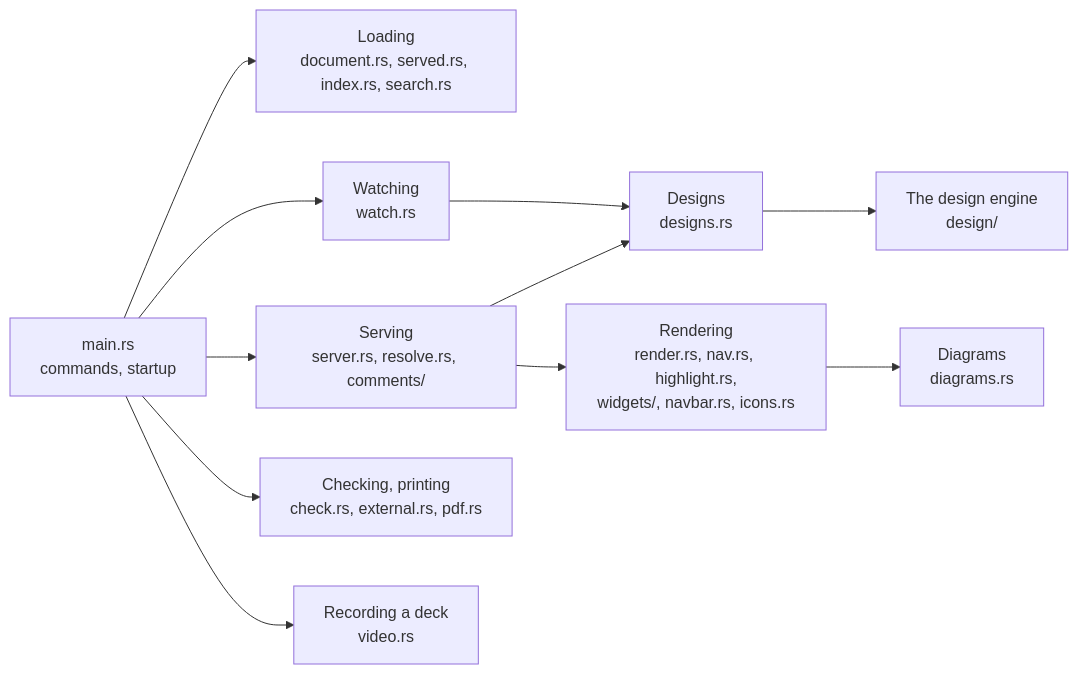
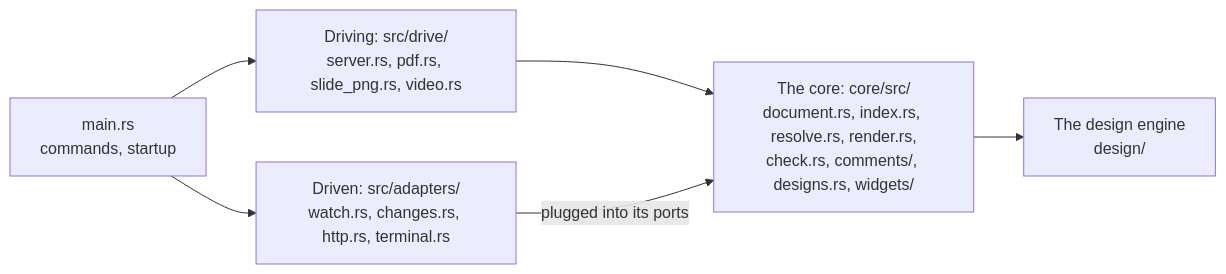
Before and after one commit to andrei512/devpage: the diagram in docs/boxes/engineering/code-map/README.md, drawn with Mermaid. The commit also changed other lines of this file and 104 other files, not shown here.

````diff
--- a/docs/boxes/engineering/code-map/README.md
+++ b/docs/boxes/engineering/code-map/README.md
@@ -16,23 +25,13 @@
 ```mermaid
 flowchart LR
-  main["main.rs<br/>commands, startup"] --> load["Loading<br/>document.rs, served.rs, index.rs, search.rs"]
-  main --> watch["Watching<br/>watch.rs"]
-  main --> serve["Serving<br/>server.rs, resolve.rs, comments/"]
-  serve --> render["Rendering<br/>render.rs, nav.rs, highlight.rs,<br/>widgets/, navbar.rs, icons.rs"]
-  render --> diagrams["Diagrams<br/>diagrams.rs"]
-  main --> other["Checking, printing<br/>check.rs, external.rs, pdf.rs"]
-  main --> video["Recording a deck<br/>video.rs"]
-  watch --> designs["Designs<br/>designs.rs"]
-  serve --> designs
-  designs --> engine["The design engine<br/>design/"]
+  main["main.rs<br/>commands, startup"] --> drive["Driving: src/drive/<br/>server.rs, pdf.rs, slide_png.rs, video.rs"]
+  main --> adapters["Driven: src/adapters/<br/>watch.rs, changes.rs, http.rs, terminal.rs"]
+  drive --> core["The core: core/src/<br/>document.rs, index.rs, resolve.rs, render.rs,<br/>check.rs, comments/, designs.rs, widgets/"]
+  adapters -- "plugged into its ports" --> core
+  core --> engine["The design engine<br/>design/"]
   click main href "#how-main-wires-it-together" "How main wires it together"
-  click load href "../../viewer/document-index/README.md" "Which document a file belongs to"
-  click watch href "../../viewer/live-updates/README.md#the-watcher" "The watcher"
-  click serve href "../../viewer/serving-pages/README.md" "Serving pages"
-  click render href "../../viewer/rendering-a-page/README.md" "Rendering a page"
-  click diagrams href "../../viewer/diagrams/README.md#the-diagram-engine" "The diagram engine"
-  click other href "../../viewer/checking-links/README.md" "Checking links"
-  click video href "../../viewer/making-a-video/README.md" "Making a video"
-  click designs href "../../viewer/design-engine/README.md#in-the-server" "The design engine in the server"
+  click drive href "../../viewer/serving-pages/README.md" "Serving pages"
+  click adapters href "../../viewer/live-updates/README.md" "Live updates"
+  click core href "../../viewer/rendering-a-page/README.md" "Rendering a page"
   click engine href "../../viewer/design-engine/README.md" "The design engine"
 ```
````
